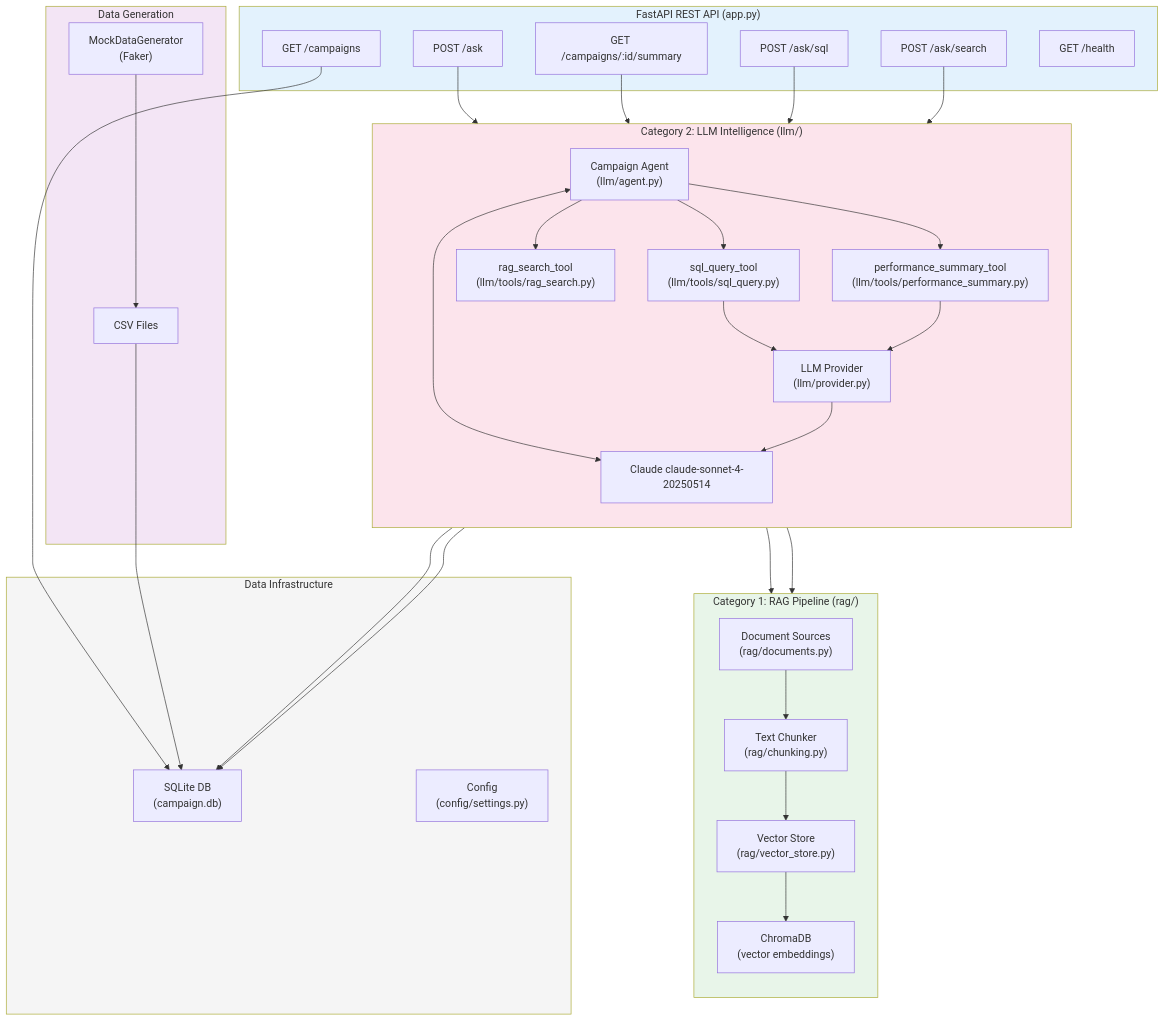
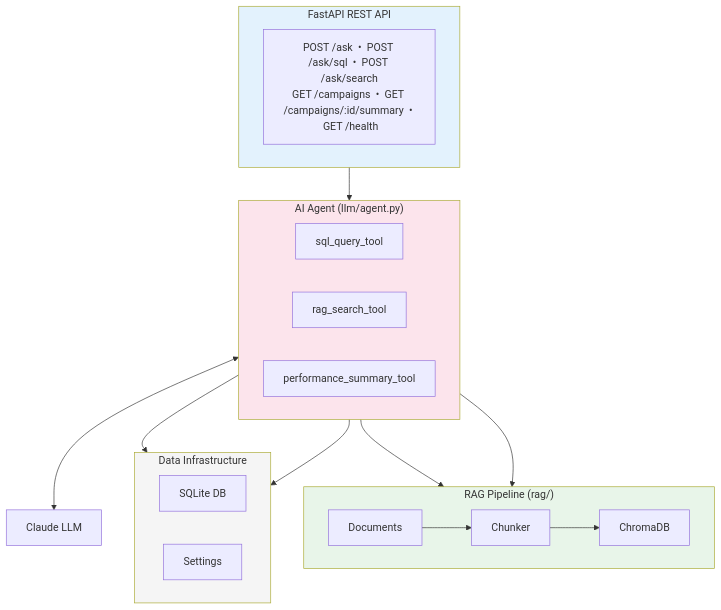
The diagram in dimo_project/campaign_performance_analysis/README.md (aakashkumar1980/certifications-aiml), drawn with Mermaid before and after one commit. The commit also changed other lines of this file, not shown here.

First line of the commit message:
Rewrite README with simplified architecture and case-by-case data flows

````diff
--- a/dimo_project/campaign_performance_analysis/README.md
+++ b/dimo_project/campaign_performance_analysis/README.md
@@ -291,67 +143,38 @@
 ```mermaid
 graph TB
-    subgraph API["FastAPI REST API (app.py)"]
-        Ask["POST /ask"]
-        AskSQL["POST /ask/sql"]
-        AskSearch["POST /ask/search"]
-        Campaigns["GET /campaigns"]
-        Summary["GET /campaigns/:id/summary"]
-        Health["GET /health"]
+    subgraph API["FastAPI REST API"]
+        Endpoints["POST /ask  •  POST /ask/sql  •  POST /ask/search<br/>GET /campaigns  •  GET /campaigns/:id/summary  •  GET /health"]
     end
 
-    subgraph cat2["Category 2: LLM Intelligence (llm/)"]
-        direction TB
-        Provider["LLM Provider<br/>(llm/provider.py)"]
-        AgentMod["Campaign Agent<br/>(llm/agent.py)"]
-        T1["sql_query_tool<br/>(llm/tools/sql_query.py)"]
-        T2["rag_search_tool<br/>(llm/tools/rag_search.py)"]
-        T3["performance_summary_tool<br/>(llm/tools/performance_summary.py)"]
-        Claude["Claude claude-sonnet-4-20250514"]
+    subgraph Agent["AI Agent (llm/agent.py)"]
+        direction LR
+        T1["sql_query_tool"]
+        T2["rag_search_tool"]
+        T3["performance_summary_tool"]
     end
 
-    subgraph cat1["Category 1: RAG Pipeline (rag/)"]
-        direction TB
-        DocMod["Document Sources<br/>(rag/documents.py)"]
-        ChunkMod["Text Chunker<br/>(rag/chunking.py)"]
-        VecStore["Vector Store<br/>(rag/vector_store.py)"]
-        Chroma["ChromaDB<br/>(vector embeddings)"]
+    subgraph RAG["RAG Pipeline (rag/)"]
+        direction LR
+        Docs["Documents"] --> Chunker["Chunker"] --> VecStore["ChromaDB"]
     end
 
-    subgraph DataLayer["Data Infrastructure"]
-        SQLite["SQLite DB<br/>(campaign.db)"]
-        Config["Config<br/>(config/settings.py)"]
+    subgraph Infra["Data Infrastructure"]
+        direction LR
+        SQLite["SQLite DB"]
+        Config["Settings"]
     end
 
-    subgraph DataGen["Data Generation"]
-        Mock["MockDataGenerator<br/>(Faker)"]
-        CSV["CSV Files"]
-    end
+    Claude["Claude LLM"]
 
-    Ask --> AgentMod
-    Summary --> AgentMod
-    AskSQL --> T1
-    AskSearch --> T2
-    Campaigns --> SQLite
-    AgentMod <--> Claude
-    AgentMod --> T1
-    AgentMod --> T2
-    AgentMod --> T3
-    Provider --> Claude
+    API --> Agent
+    Agent <--> Claude
     T1 --> SQLite
-    T1 --> Provider
     T2 --> VecStore
     T3 --> SQLite
     T3 --> VecStore
-    T3 --> Provider
-    DocMod --> ChunkMod
-    ChunkMod --> VecStore
-    VecStore --> Chroma
-    Mock --> CSV
-    CSV --> SQLite
 
     style API fill:#e3f2fd
-    style cat2 fill:#fce4ec
-    style cat1 fill:#e8f5e9
-    style DataLayer fill:#f5f5f5
-    style DataGen fill:#f3e5f5
+    style Agent fill:#fce4ec
+    style RAG fill:#e8f5e9
+    style Infra fill:#f5f5f5
 ```
````
